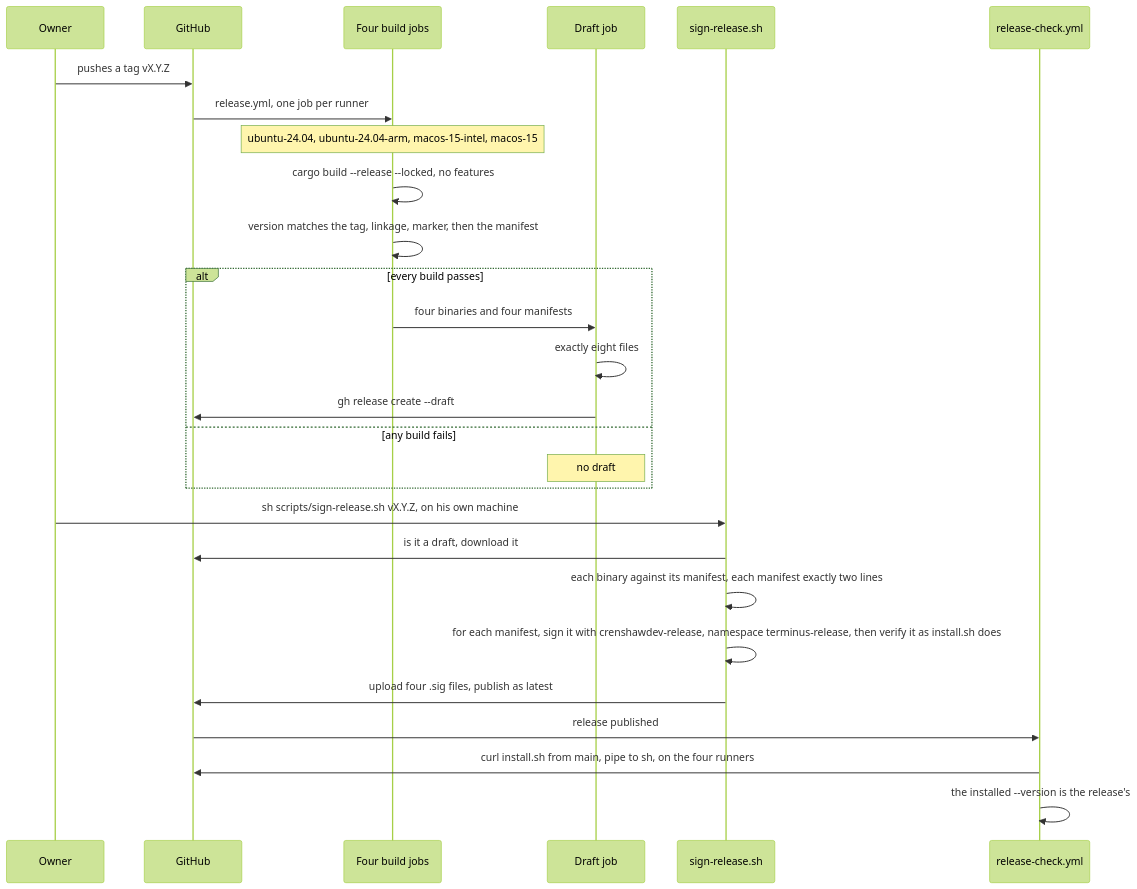
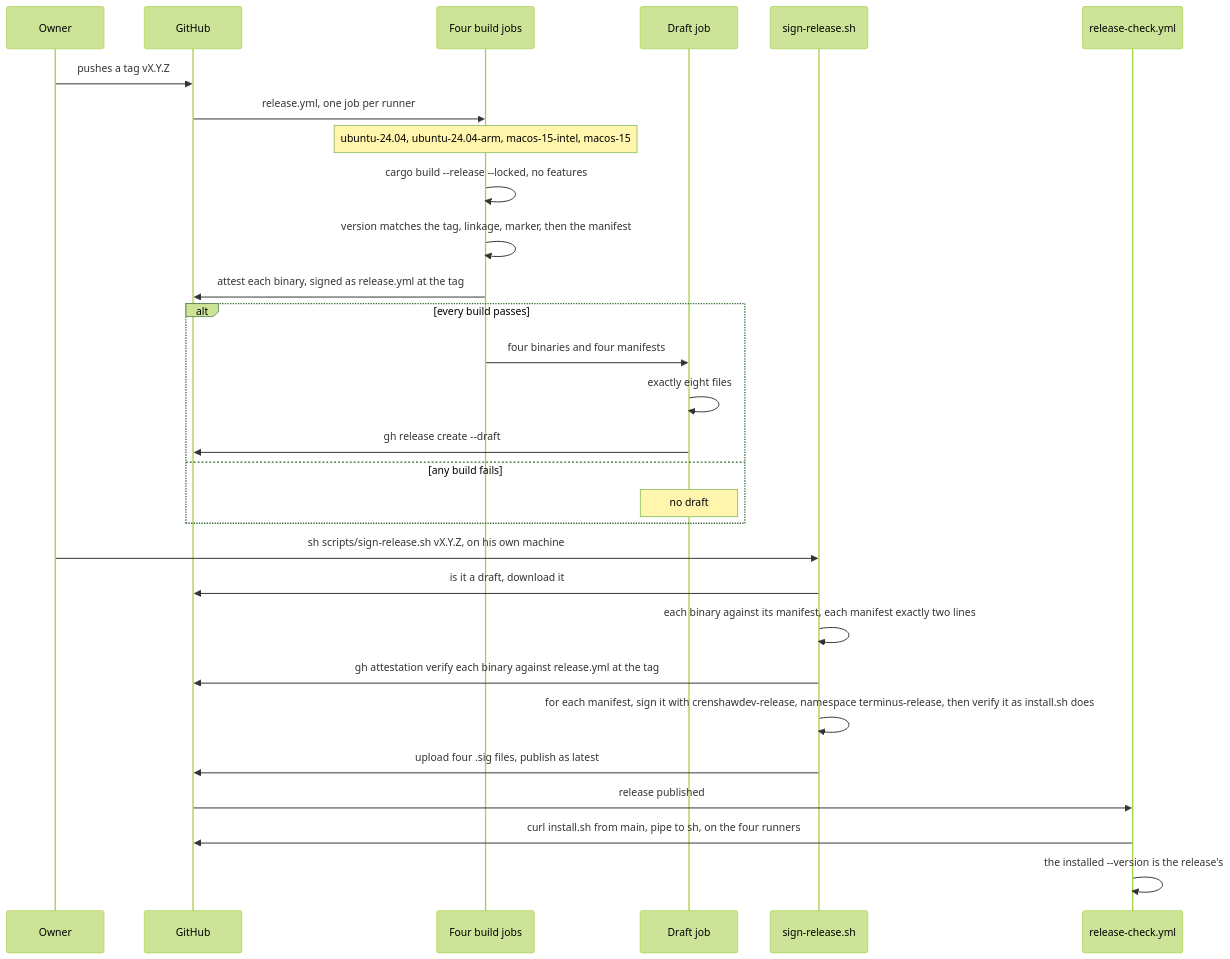
Before and after one commit to jcrenshaw-dev/terminus: the first of 2 diagrams in docs/design/0008-install-and-release.md, drawn with Mermaid (forest theme). The commit also changed other lines of this file and 5 other files, not shown here.

First line of the commit message:
fix: refuse to sign a binary release.yml did not attest

````diff
--- a/docs/design/0008-install-and-release.md
+++ b/docs/design/0008-install-and-release.md
@@ -124,29 +124,31 @@
 ```mermaid
 sequenceDiagram
   participant O as Owner
   participant GH as GitHub
   participant B as Four build jobs
   participant D as Draft job
   participant S as sign-release.sh
   participant RC as release-check.yml
   O->>GH: pushes a tag vX.Y.Z
   GH->>B: release.yml, one job per runner
   Note over B: ubuntu-24.04, ubuntu-24.04-arm, macos-15-intel, macos-15
   B->>B: cargo build --release --locked, no features
   B->>B: version matches the tag, linkage, marker, then the manifest
+  B->>GH: attest each binary, signed as release.yml at the tag
   alt every build passes
     B->>D: four binaries and four manifests
     D->>D: exactly eight files
     D->>GH: gh release create --draft
   else any build fails
     Note over D: no draft
   end
   O->>S: sh scripts/sign-release.sh vX.Y.Z, on his own machine
   S->>GH: is it a draft, download it
   S->>S: each binary against its manifest, each manifest exactly two lines
+  S->>GH: gh attestation verify each binary against release.yml at the tag
   S->>S: for each manifest, sign it with crenshawdev-release, namespace terminus-release, then verify it as install.sh does
   S->>GH: upload four .sig files, publish as latest
   GH->>RC: release published
   RC->>GH: curl install.sh from main, pipe to sh, on the four runners
   RC->>RC: the installed --version is the release's
 ```
````
